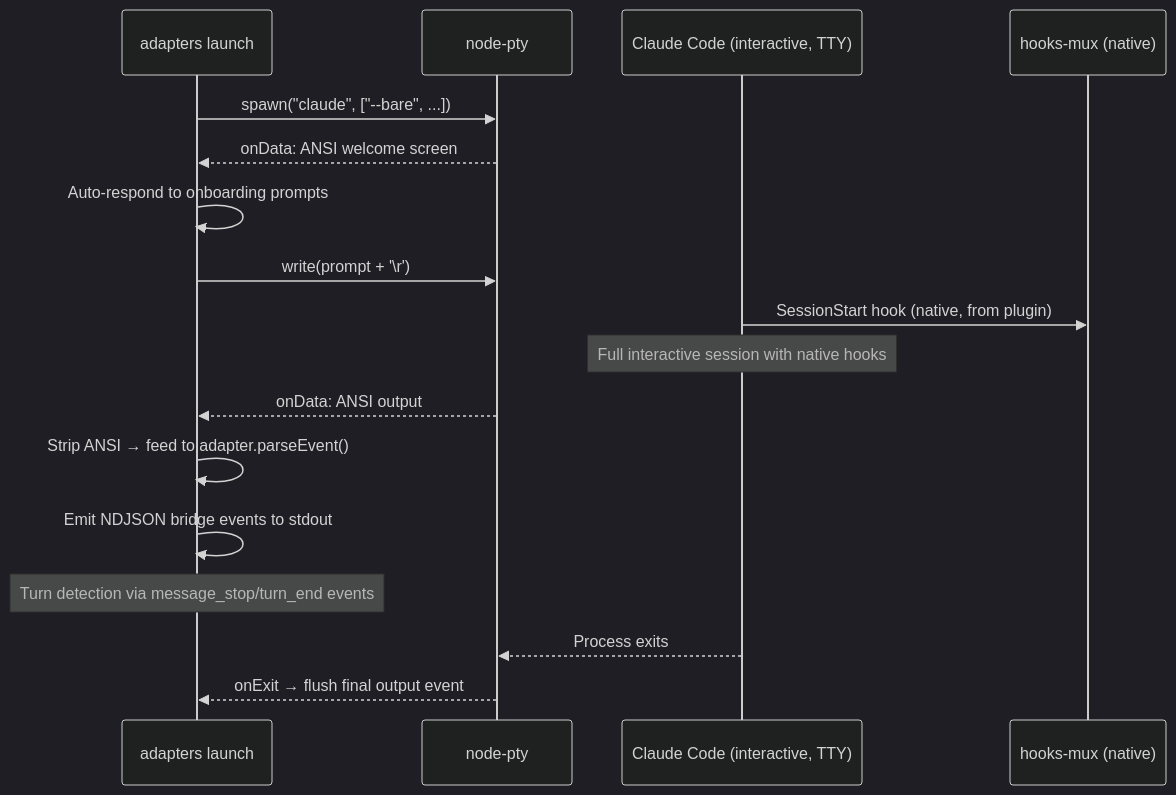
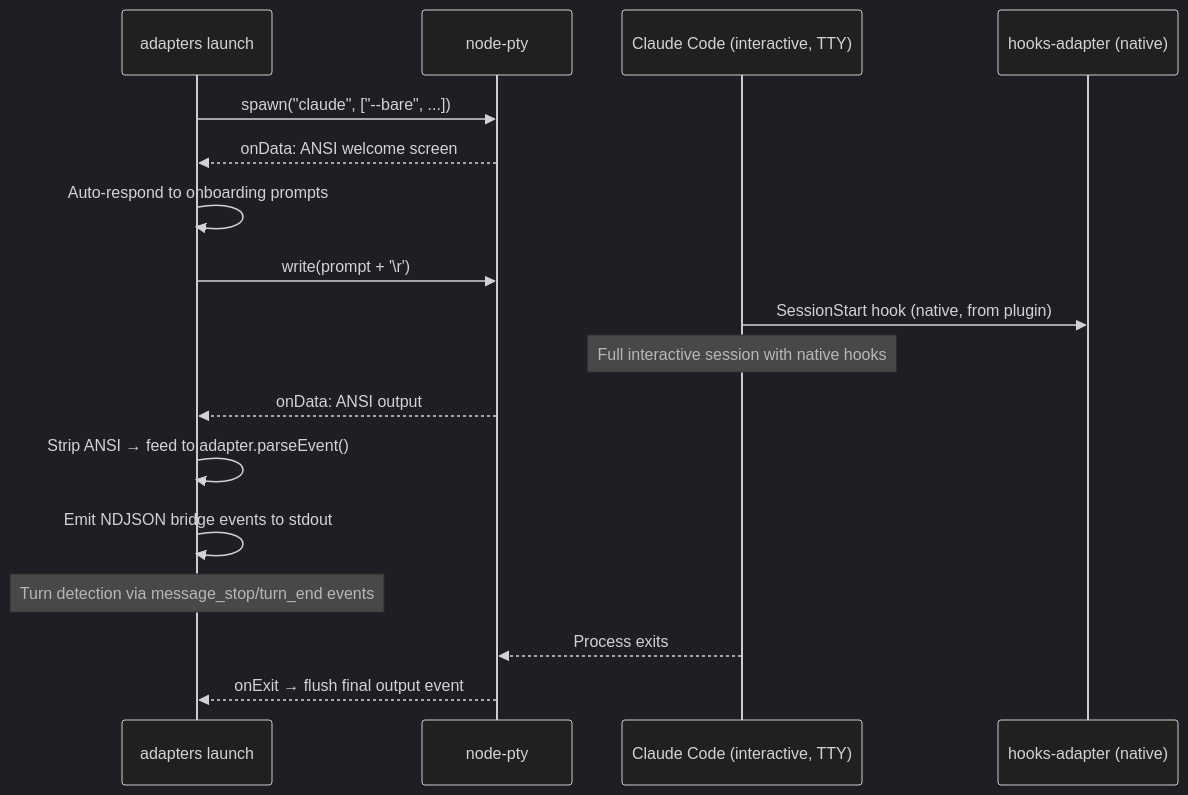
One commit to danielkman/babysitter changed the ninth of 16 diagrams in docs/development/03-babysitter-plugin-flows.md. Above: the diagram before and after it, drawn with Mermaid (dark theme). The commit also changed other lines of this file and 682 other files, not shown here.

First line of the commit message:
refactor: eliminate -mux terminology from source — use -adapter

````diff
--- a/docs/development/03-babysitter-plugin-flows.md
+++ b/docs/development/03-babysitter-plugin-flows.md
@@ -302,24 +302,24 @@
 ```mermaid
 sequenceDiagram
     participant AM as adapters launch
     participant PTY as node-pty
     participant CC as Claude Code (interactive, TTY)
-    participant HM as hooks-mux (native)
+    participant HM as hooks-adapter (native)
 
     AM->>PTY: spawn("claude", ["--bare", ...])
     PTY-->>AM: onData: ANSI welcome screen
     AM->>AM: Auto-respond to onboarding prompts
     AM->>PTY: write(prompt + '\r')
     
     CC->>HM: SessionStart hook (native, from plugin)
     Note over CC: Full interactive session with native hooks
     
     PTY-->>AM: onData: ANSI output
     AM->>AM: Strip ANSI → feed to adapter.parseEvent()
     AM->>AM: Emit NDJSON bridge events to stdout
     
     Note over AM: Turn detection via message_stop/turn_end events
     
     CC-->>PTY: Process exits
     PTY-->>AM: onExit → flush final output event
 ```
````
